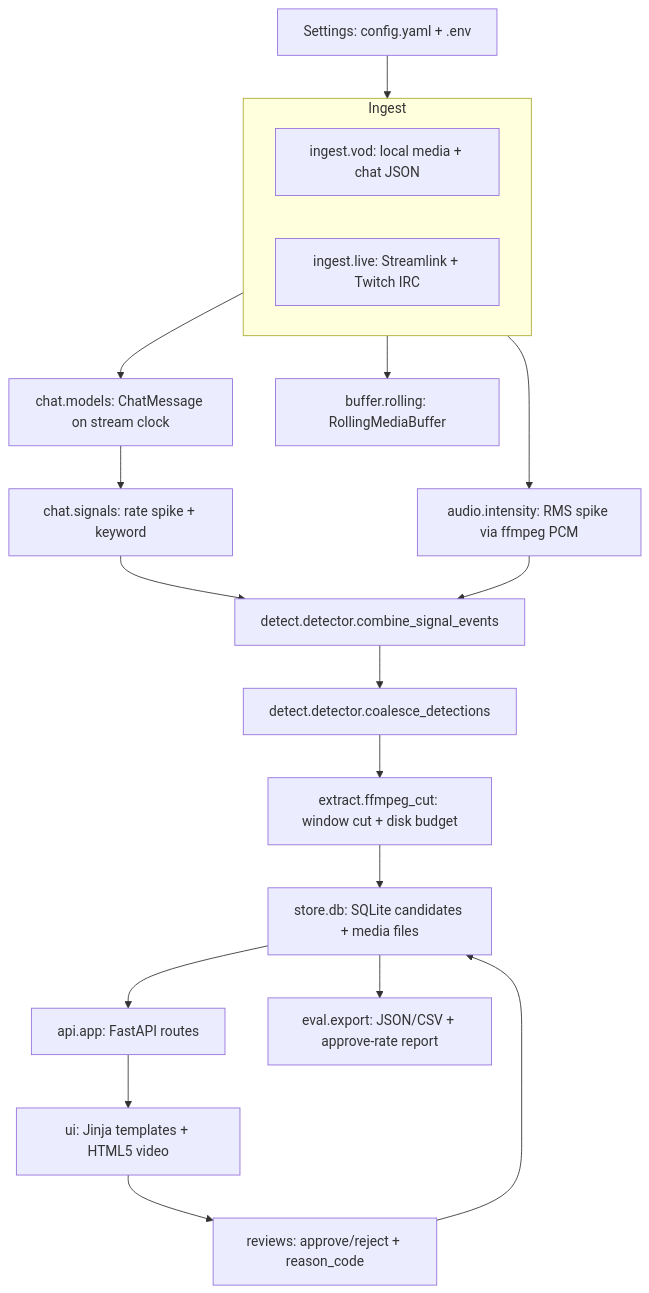
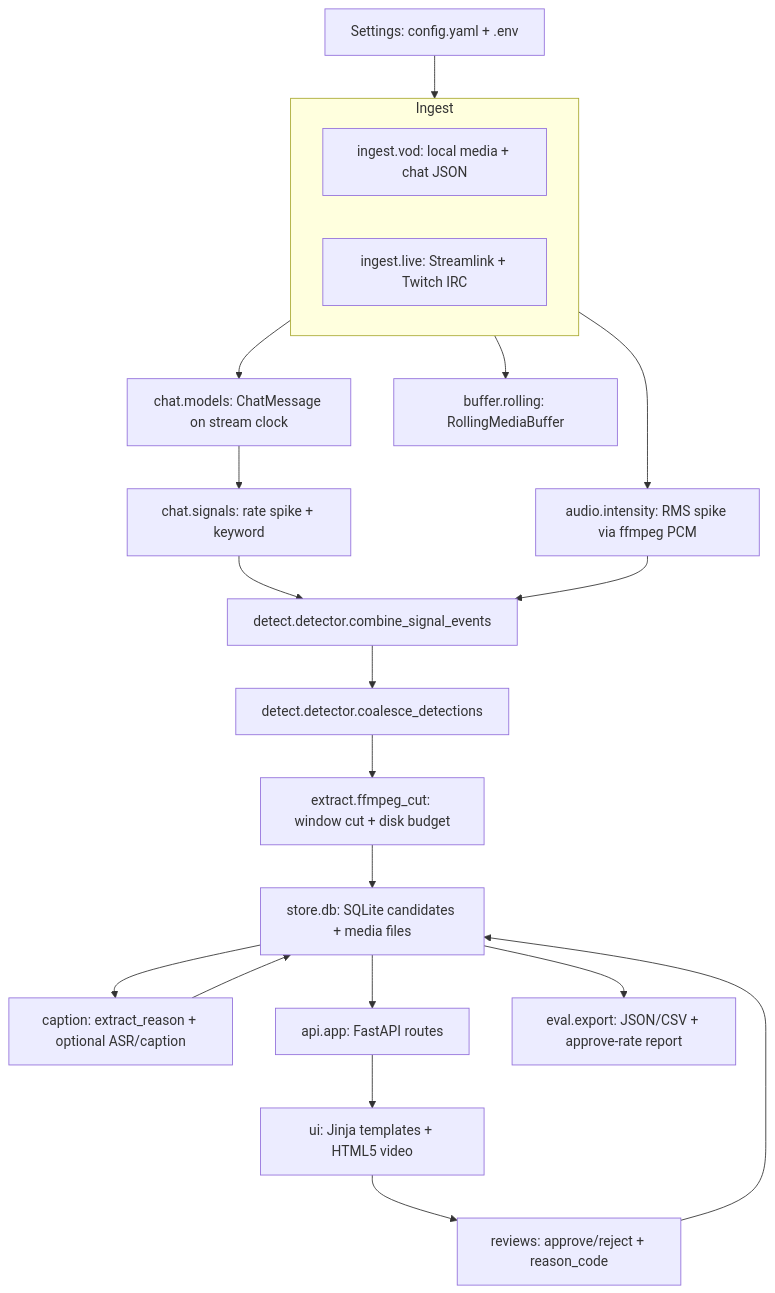
The first of 4 diagrams in docs/architecture.md (vuongj321/clippy), drawn with Mermaid before and after one commit. The commit also changed other lines of this file and 1 other file, not shown here.

First line of the commit message:
docs: align docs with caption pipeline

````diff
--- a/docs/architecture.md
+++ b/docs/architecture.md
@@ -34,22 +37,24 @@
 ```mermaid
 flowchart TD
   config[Settings: config.yaml + .env] --> ingest
   subgraph ingest[Ingest]
     vod[ingest.vod: local media + chat JSON]
     live[ingest.live: Streamlink + Twitch IRC]
   end
   ingest --> chatmod[chat.models: ChatMessage on stream clock]
   ingest --> buffer[buffer.rolling: RollingMediaBuffer]
   chatmod --> chatsig[chat.signals: rate spike + keyword]
   ingest --> audio[audio.intensity: RMS spike via ffmpeg PCM]
   chatsig --> detect[detect.detector.combine_signal_events]
   audio --> detect
   detect --> coalesce[detect.detector.coalesce_detections]
   coalesce --> extract[extract.ffmpeg_cut: window cut + disk budget]
   extract --> store[store.db: SQLite candidates + media files]
+  store --> caption[caption: extract_reason + optional ASR/caption]
+  caption --> store
   store --> api[api.app: FastAPI routes]
   api --> ui[ui: Jinja templates + HTML5 video]
   ui --> labels[reviews: approve/reject + reason_code]
   labels --> store
   store --> eval[eval.export: JSON/CSV + approve-rate report]
 ```
````
